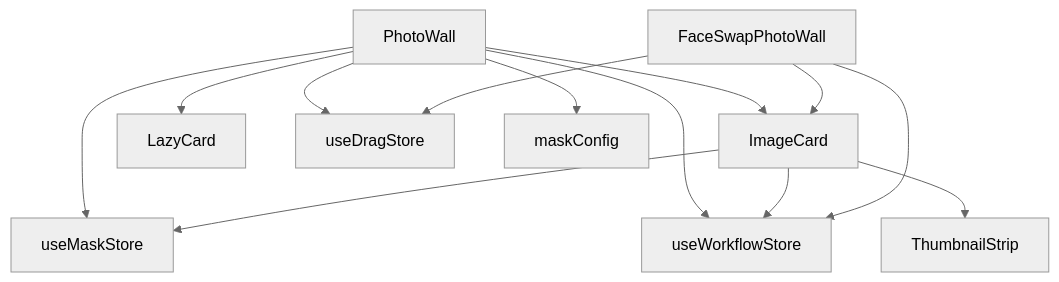
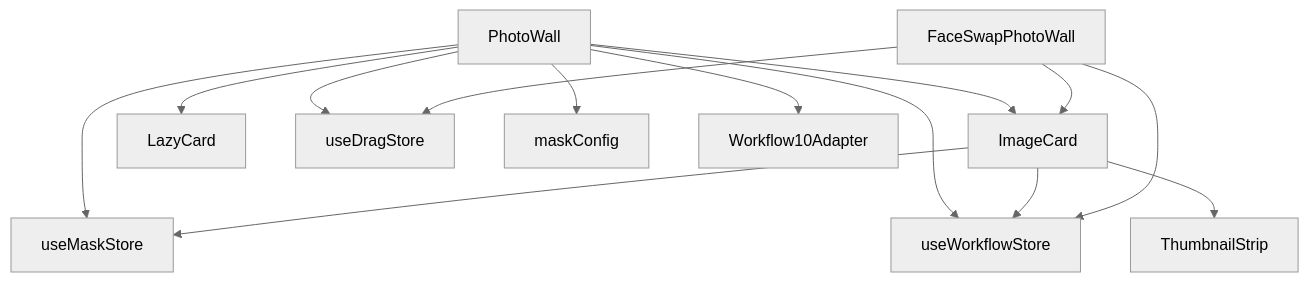
One commit to billye220670/CorineKit_Pix2Real changed the ninth of 9 diagrams in .qoder/repowiki/zh/content/用户界面组件/核心界面组件/图片墙组件 (PhotoWall).md. Above: the diagram before and after it, drawn with Mermaid (neutral theme). The commit also changed other lines of this file and 21 other files, not shown here.

````diff
--- a/.qoder/repowiki/zh/content/用户界面组件/核心界面组件/图片墙组件 (PhotoWall).md
+++ b/.qoder/repowiki/zh/content/用户界面组件/核心界面组件/图片墙组件 (PhotoWall).md
@@ -338,15 +409,16 @@
 ```mermaid
 graph TB
 PW["PhotoWall"] --> IC["ImageCard"]
 PW --> LC["LazyCard"]
 PW --> WFS["useWorkflowStore"]
 PW --> DS["useDragStore"]
 PW --> MS["useMaskStore"]
 PW --> MC["maskConfig"]
+PW --> WA["Workflow10Adapter"]
 IC --> TS["ThumbnailStrip"]
 IC --> WFS
 IC --> MS
 FSPW["FaceSwapPhotoWall"] --> IC
 FSPW --> WFS
 FSPW --> DS
 ```
````
